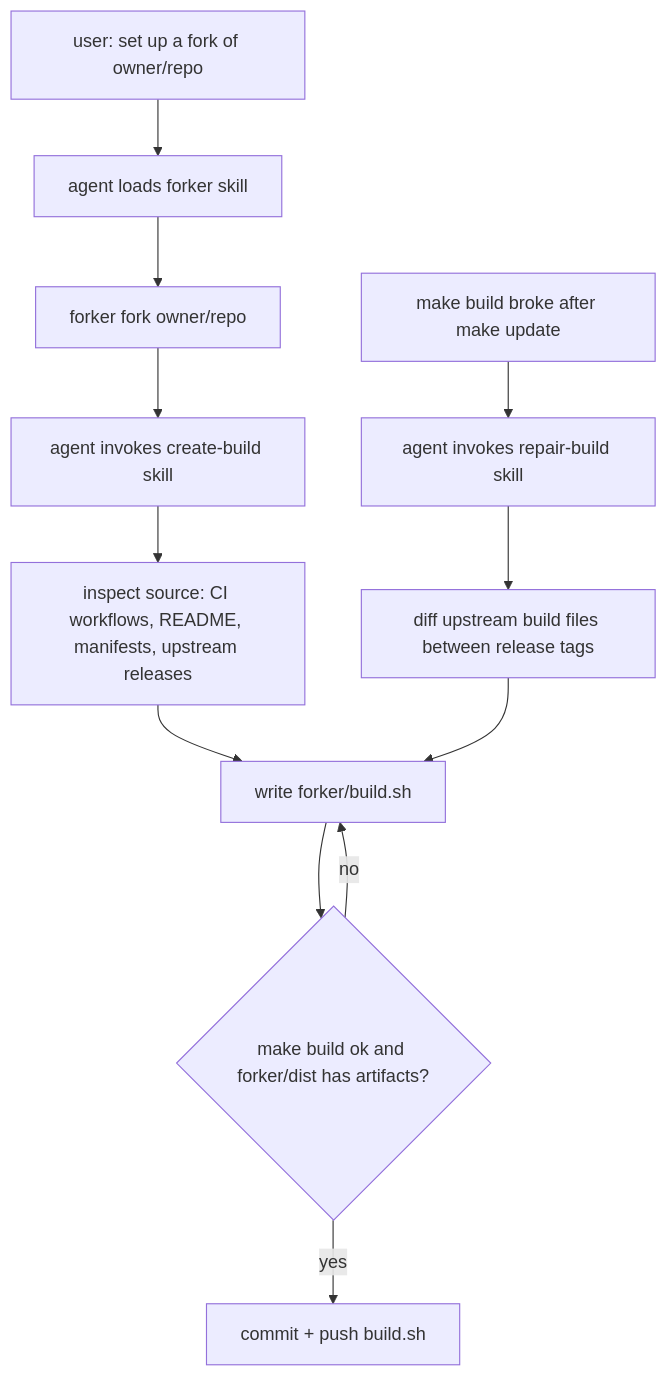
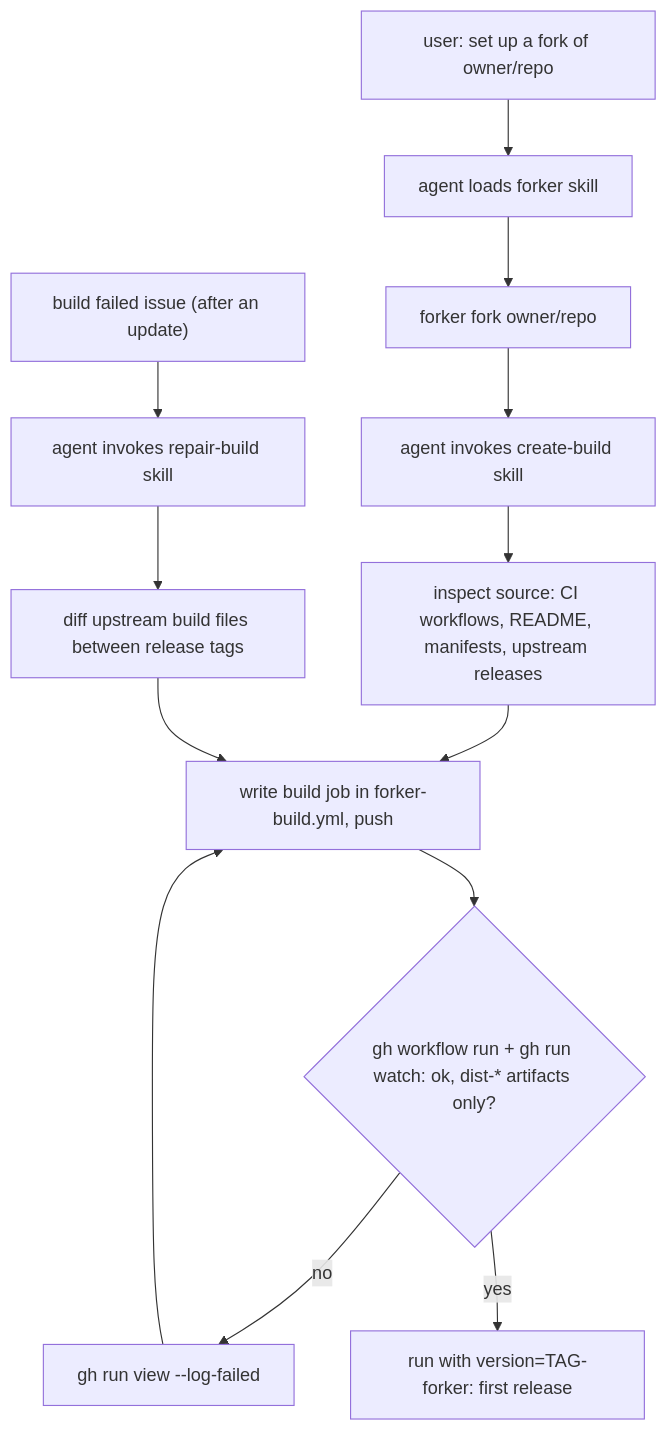
The first of 4 diagrams in docs/logic.md (mchristoffers/forker), drawn with Mermaid before and after one commit. The commit also changed other lines of this file and 21 other files, not shown here.

First line of the commit message:
Build, release and update forks on GitHub Actions instead of local make

````diff
--- a/docs/logic.md
+++ b/docs/logic.md
@@ -10,14 +12,14 @@
 ```mermaid
 flowchart TD
   U[user: set up a fork of owner/repo] --> S[agent loads forker skill]
   S --> F[forker fork owner/repo]
   F --> CR[agent invokes create-build skill]
   CR --> I[inspect source: CI workflows, README, manifests, upstream releases]
-  I --> W[write forker/build.sh]
-  W --> B{make build ok and forker/dist has artifacts?}
-  B -- no --> W
-  B -- yes --> C[commit + push build.sh]
-  X[make build broke after make update] --> R[agent invokes repair-build skill]
+  I --> W[write build job in forker-build.yml, push]
+  W --> B{gh workflow run + gh run watch: ok, dist-* artifacts only?}
+  B -- no --> L[gh run view --log-failed] --> W
+  B -- yes --> P[run with version=TAG-forker: first release]
+  X["build failed issue (after an update)"] --> R[agent invokes repair-build skill]
   R --> D[diff upstream build files between release tags]
   D --> W
 ```
````
